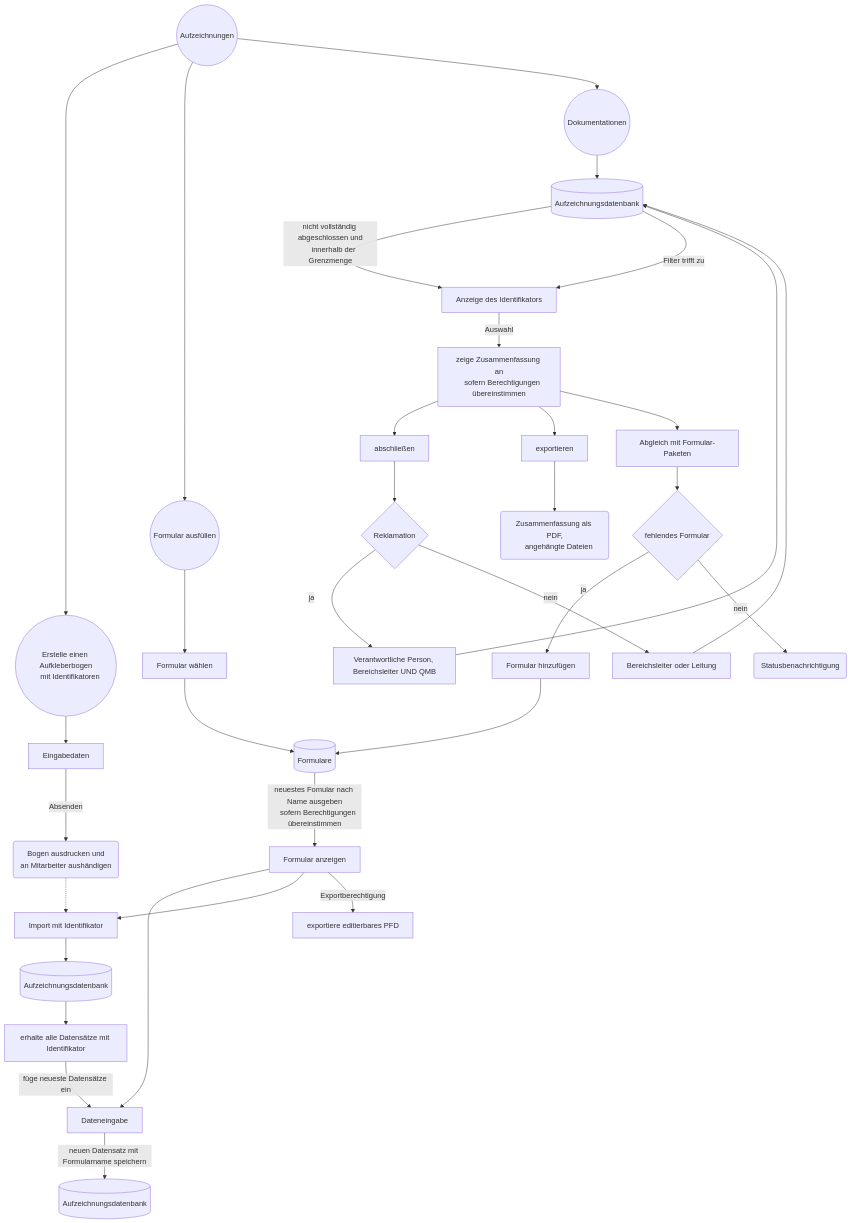
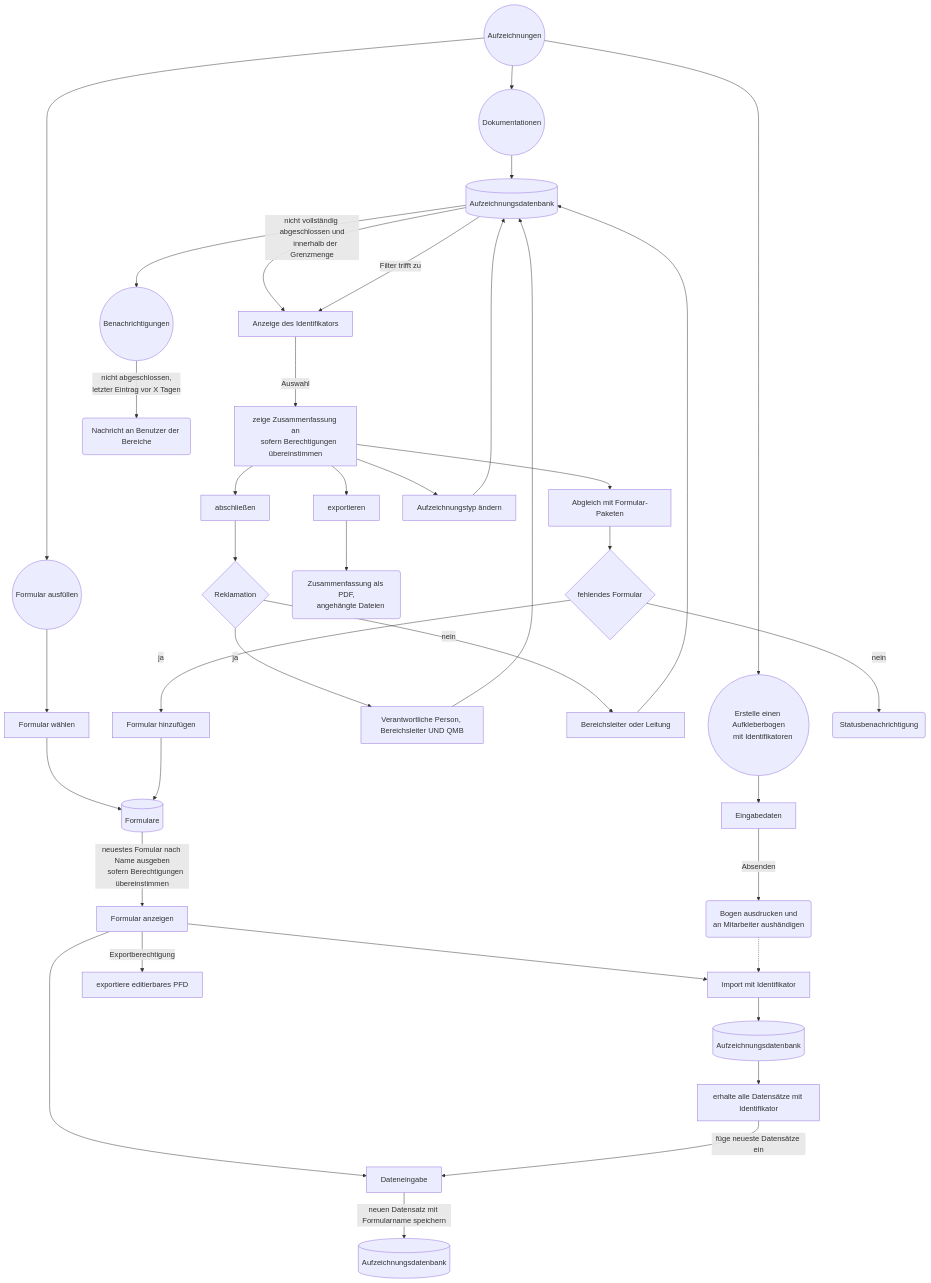
The fourth of 7 diagrams in readme.de.md (erroronline1/caro), drawn with Mermaid before and after one commit. The commit also changed other lines of this file and 1 other file, not shown here.

Commit message:
record retyping and reminder documentation

````diff
--- a/readme.de.md
+++ b/readme.de.md
@@ -474,45 +476,51 @@
 ```mermaid
 graph TD;
     records((Aufzeichnungen))-->identifiersheet(("Erstelle einen Aufkleberbogen
     mit Identifikatoren"));
     identifiersheet-->input[Eingabedaten];
     input-->|Absenden|print("Bogen ausdrucken und
     an Mitarbeiter aushändigen");
 
     records-->fillform((Formular ausfüllen));
     fillform-->selectform[Formular wählen];
     selectform-->forms[(Formulare)];
     forms-->|"neuestes Fomular nach Name ausgeben
     sofern Berechtigungen übereinstimmen "|displayform[Formular anzeigen];
     displayform-->inputdata[Dateneingabe];
     inputdata-->|neuen Datensatz mit Formularname speichern|recorddb[(Aufzeichnungsdatenbank)];
     displayform-->idimport[Import mit Identifikator];
     idimport-->recorddb2[(Aufzeichnungsdatenbank)];
     recorddb2-->selectbyid[erhalte alle Datensätze mit Identifikator];
     selectbyid-->|füge neueste Datensätze ein|inputdata;
     displayform-->|Exportberechtigung|exportform[exportiere editierbares PFD]
 
     print-.->idimport;
 
     records-->summaries((Dokumentationen));
     summaries-->recorddb3[(Aufzeichnungsdatenbank)]
     recorddb3-->|"nicht vollständig abgeschlossen und
     innerhalb der Grenzmenge"|displayids[Anzeige des Identifikators];
     recorddb3-->|Filter trifft zu|displayids;
     displayids-->|Auswahl|summary["zeige Zusammenfassung an
     sofern Berechtigungen übereinstimmen"];
     summary-->close[abschließen];
     close-->complaint{Reklamation};
     complaint-->|ja|complaintclose[Verantwortliche Person, Bereichsleiter UND QMB];
     complaintclose-->recorddb3;
     complaint-->|nein|nocomplaintclose[Bereichsleiter oder Leitung];
     nocomplaintclose-->recorddb3;
     summary-->export[exportieren];
     export-->pdf("Zusammenfassung als PDF,
     angehängte Dateien");
     summary-->matchbundles[Abgleich mit Formular-Paketen];
     matchbundles-->missing{fehlendes Formular};
     missing-->|ja|appenddata[Formular hinzufügen];
     appenddata-->forms;
     missing-->|nein|nonemissing(Statusbenachrichtigung);
+    summary-->retype[Aufzeichnungstyp ändern];
+    retype-->recorddb3;
+
+    recorddb3-->notification((Benachrichtigungen));
+    notification-->|"nicht abgeschlossen,
+    letzter Eintrag vor X Tagen"|message(Nachricht an Benutzer der Bereiche)
 ```
````
